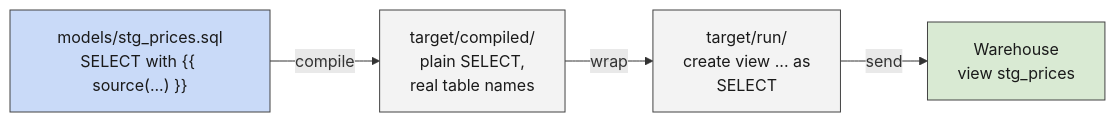
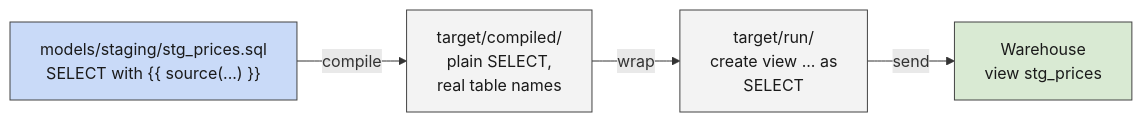
The diagram in courseware/common/diagrams/src/d3-compile.mmd (reachusama-decoded/cg-dxp), drawn with Mermaid before and after one commit. The commit also changed 55 other files, not shown here.

```diff
--- a/courseware/common/diagrams/src/d3-compile.mmd
+++ b/courseware/common/diagrams/src/d3-compile.mmd
@@ -1,14 +1,14 @@
 flowchart LR
-  A["models/stg_prices.sql<br/>SELECT with {{ source(...) }}"] -->|compile| B["target/compiled/<br/>plain SELECT,<br/>real table names"]
+  A["models/staging/stg_prices.sql<br/>SELECT with {{ source(...) }}"] -->|compile| B["target/compiled/<br/>plain SELECT,<br/>real table names"]
   B -->|wrap| C["target/run/<br/>create view ... as<br/>SELECT"]
   C -->|send| D["Warehouse<br/>view stg_prices"]
   class A blue
   class B,C grey
   class D green
 classDef blue fill:#C9DAF8,stroke:#434343,color:#1a1a1a
 classDef yellow fill:#FFF2CC,stroke:#434343,color:#1a1a1a
 classDef focus fill:#F8DB59,stroke:#434343,color:#1a1a1a
 classDef green fill:#D9EAD3,stroke:#434343,color:#1a1a1a
 classDef aqua fill:#D0E0E3,stroke:#434343,color:#1a1a1a
 classDef grey fill:#F3F3F3,stroke:#434343,color:#1a1a1a
 classDef red fill:#F4CCCC,stroke:#434343,color:#1a1a1a
```
